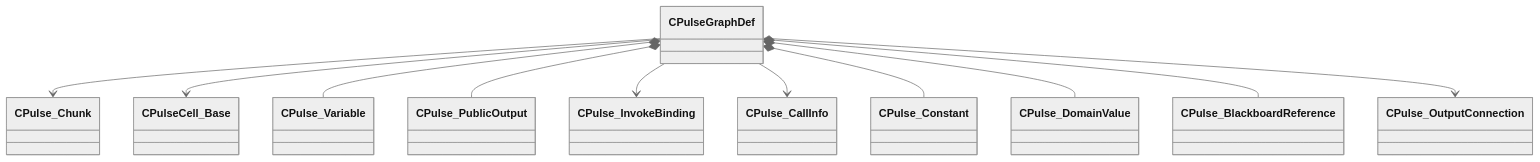
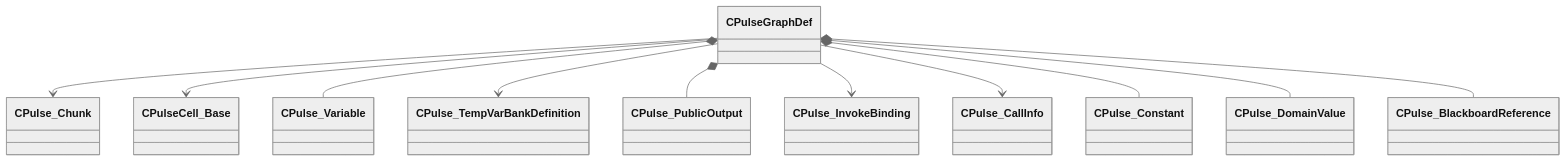
One commit to CS2OpenDev/CS2OpenDev-Docs changed the diagram in docs/generated/schemas/pulse_runtime_lib/CPulseGraphDef.md. Above: the diagram before and after it, drawn with Mermaid (neutral theme). The commit also changed other lines of this file and 4654 other files, not shown here.

Commit message:
docs: regenerate for SchemaTracker build 25947352 [skip ci]

````diff
--- a/docs/generated/schemas/pulse_runtime_lib/CPulseGraphDef.md
+++ b/docs/generated/schemas/pulse_runtime_lib/CPulseGraphDef.md
@@ -17,13 +17,13 @@
 ```mermaid
 classDiagram
     CPulseGraphDef --> CPulse_Chunk
     CPulseGraphDef --> CPulseCell_Base
     CPulseGraphDef *-- CPulse_Variable
+    CPulseGraphDef --> CPulse_TempVarBankDefinition
     CPulseGraphDef *-- CPulse_PublicOutput
     CPulseGraphDef --> CPulse_InvokeBinding
     CPulseGraphDef --> CPulse_CallInfo
     CPulseGraphDef *-- CPulse_Constant
     CPulseGraphDef *-- CPulse_DomainValue
     CPulseGraphDef *-- CPulse_BlackboardReference
-    CPulseGraphDef --> CPulse_OutputConnection
 ```
````
